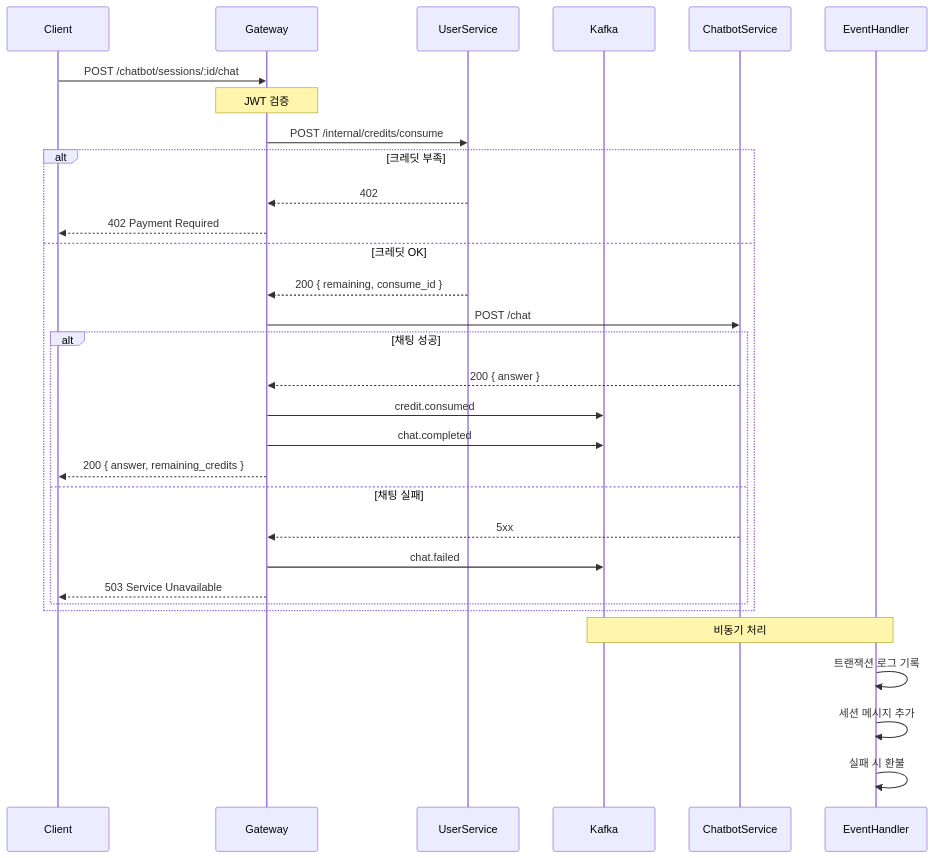
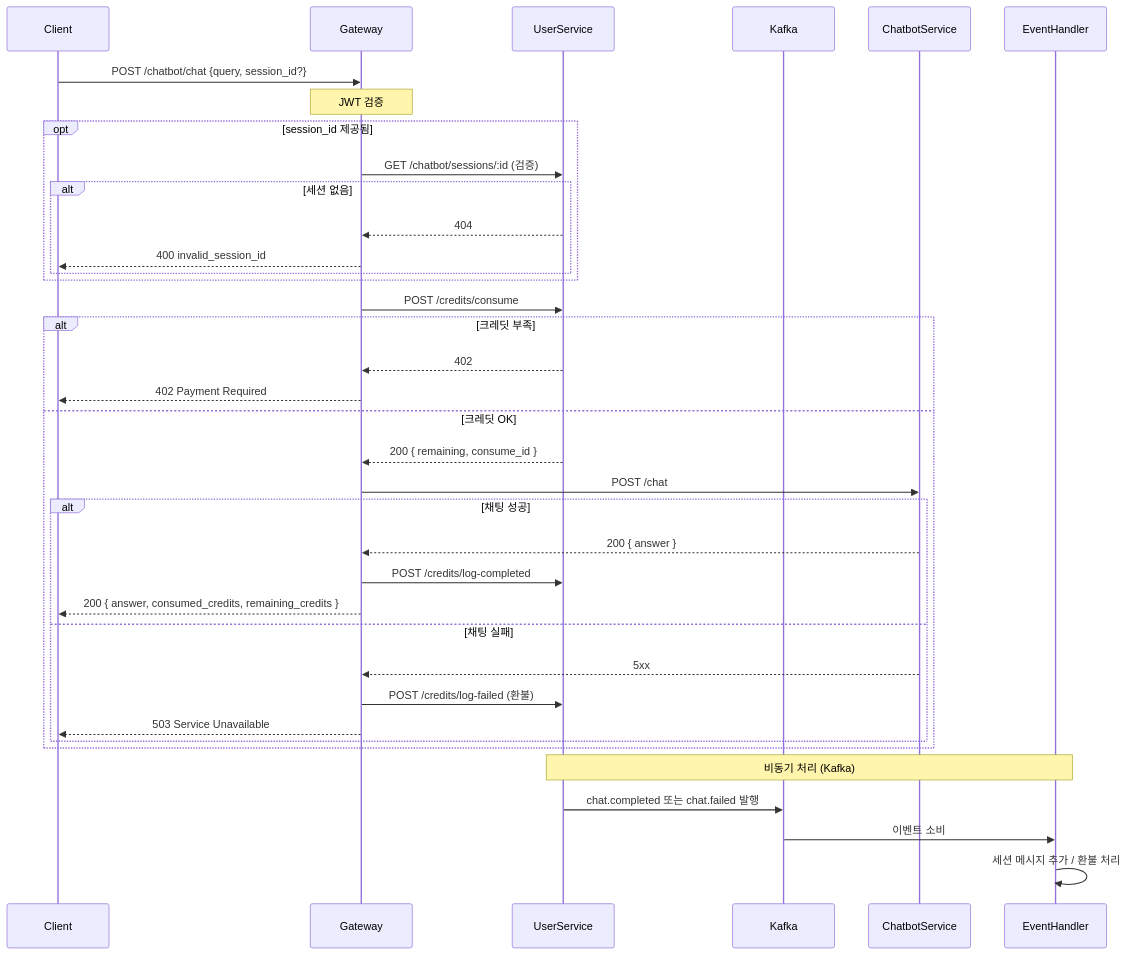
The third of 3 diagrams in docs/chatbot_phase2.md (TechLetter/tech-letter), drawn with Mermaid before and after one commit. The commit also changed other lines of this file and 54 other files, not shown here.

Commit message:
Feat: Chat Session & Credit System

````diff
--- a/docs/chatbot_phase2.md
+++ b/docs/chatbot_phase2.md
@@ -576,38 +608,44 @@
 ```mermaid
 sequenceDiagram
     participant Client
     participant Gateway
     participant UserService
     participant Kafka
     participant ChatbotService
     participant EventHandler
 
-    Client->>Gateway: POST /chatbot/sessions/:id/chat
+    Client->>Gateway: POST /chatbot/chat {query, session_id?}
     Note over Gateway: JWT 검증
 
-    Gateway->>UserService: POST /internal/credits/consume
+    opt session_id 제공됨
+        Gateway->>UserService: GET /chatbot/sessions/:id (검증)
+        alt 세션 없음
+            UserService-->>Gateway: 404
+            Gateway-->>Client: 400 invalid_session_id
+        end
+    end
 
+    Gateway->>UserService: POST /credits/consume
     alt 크레딧 부족
         UserService-->>Gateway: 402
         Gateway-->>Client: 402 Payment Required
     else 크레딧 OK
         UserService-->>Gateway: 200 { remaining, consume_id }
         Gateway->>ChatbotService: POST /chat
 
         alt 채팅 성공
             ChatbotService-->>Gateway: 200 { answer }
-            Gateway->>Kafka: credit.consumed
-            Gateway->>Kafka: chat.completed
-            Gateway-->>Client: 200 { answer, remaining_credits }
+            Gateway->>UserService: POST /credits/log-completed
+            Gateway-->>Client: 200 { answer, consumed_credits, remaining_credits }
         else 채팅 실패
             ChatbotService-->>Gateway: 5xx
-            Gateway->>Kafka: chat.failed
+            Gateway->>UserService: POST /credits/log-failed (환불)
             Gateway-->>Client: 503 Service Unavailable
         end
     end
 
-    Note over Kafka,EventHandler: 비동기 처리
-    EventHandler->>EventHandler: 트랜잭션 로그 기록
-    EventHandler->>EventHandler: 세션 메시지 추가
-    EventHandler->>EventHandler: 실패 시 환불
+    Note over UserService,EventHandler: 비동기 처리 (Kafka)
+    UserService->>Kafka: chat.completed 또는 chat.failed 발행
+    Kafka->>EventHandler: 이벤트 소비
+    EventHandler->>EventHandler: 세션 메시지 추가 / 환불 처리
 ```
````
